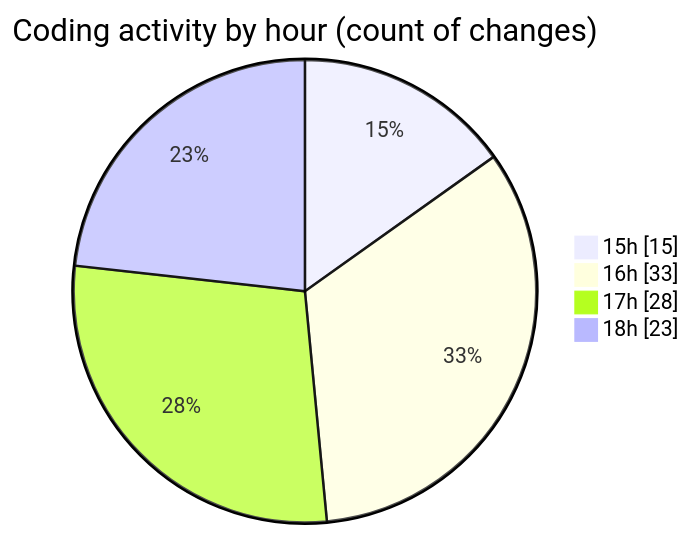
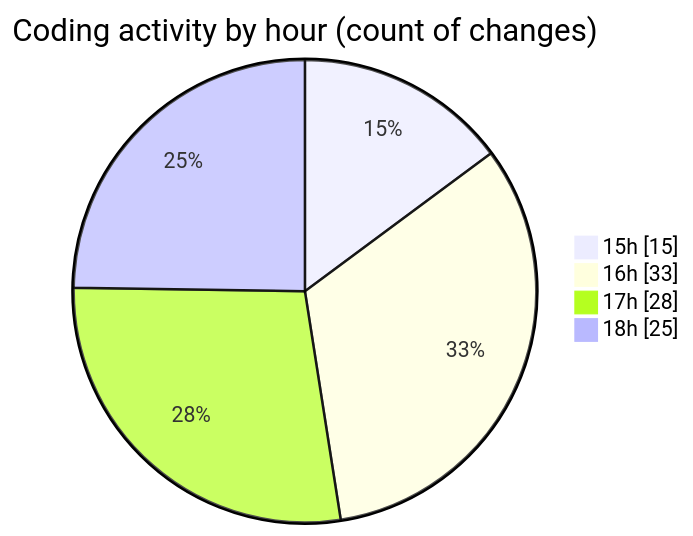
The second of 2 diagrams in 2025-02-25/trackers_app/README.md (donsfak/code-tracking), drawn with Mermaid before and after one commit. The commit also changed other lines of this file and 1 other file, not shown here.

````diff
--- a/2025-02-25/trackers_app/README.md
+++ b/2025-02-25/trackers_app/README.md
@@ -40,8 +40,8 @@
 ```mermaid
 pie showData
 title Coding activity by hour (count of changes)
 "15h" : 15
 "16h" : 33
 "17h" : 28
-"18h" : 23
+"18h" : 25
 ```
````
